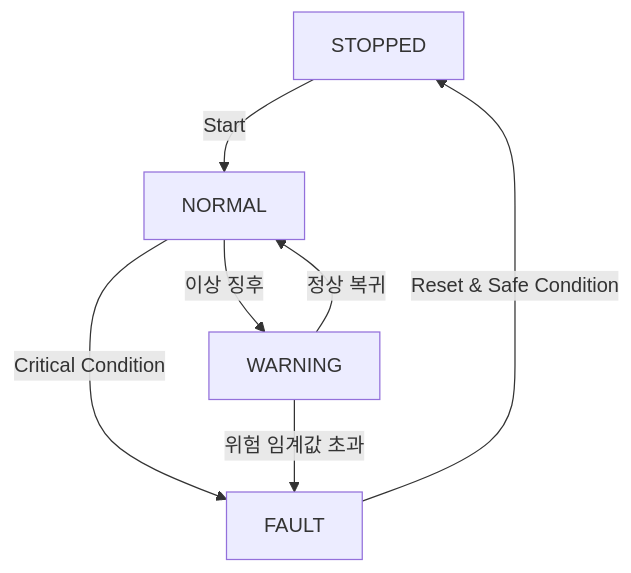
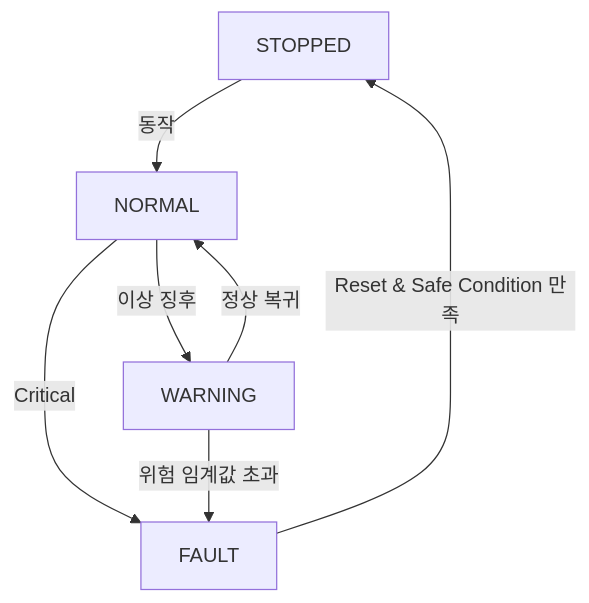
One commit to onchest/MonCon changed the first of 2 diagrams in specification.md. Above: the diagram before and after it, drawn with Mermaid. The commit also changed other lines of this file and 1 other file, not shown here.

````diff
--- a/specification.md
+++ b/specification.md
@@ -25,9 +25,9 @@
-    ```mermaid
-    flowchart TD
-        STOPPED -->|Start| NORMAL
-        NORMAL -->|이상 징후| WARNING
-        NORMAL -->|Critical Condition| FAULT
-        WARNING -->|정상 복귀| NORMAL
-        WARNING -->|위험 임계값 초과| FAULT
-        FAULT -->|Reset & Safe Condition| STOPPED
-    ```
+ ```mermaid
+flowchart TD
+    STOPPED -->|동작| NORMAL
+    NORMAL -->|이상 징후| WARNING
+    NORMAL -->|Critical| FAULT
+    WARNING -->|정상 복귀| NORMAL
+    WARNING -->|위험 임계값 초과| FAULT
+    FAULT -->|Reset & Safe Condition 만족| STOPPED
+```
````
